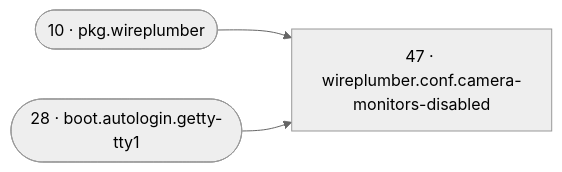
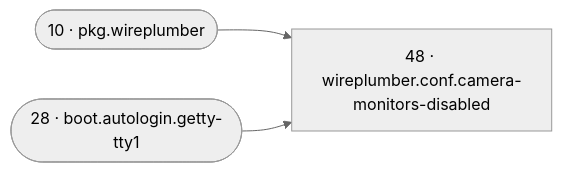
One commit to SixFive7/FrameLink changed diagram 15 of 21 in reference/reconcile-dag.md. Above: the diagram before and after it, drawn with Mermaid (neutral theme). The commit also changed other lines of this file and 5 other files, not shown here.

````diff
--- a/reference/reconcile-dag.md
+++ b/reference/reconcile-dag.md
@@ -432,8 +434,8 @@
 ```mermaid
 flowchart LR
-  r47["47 · wireplumber.conf.camera-monitors-disabled"]
+  r48["48 · wireplumber.conf.camera-monitors-disabled"]
   r10(["10 · pkg.wireplumber"])
   r28(["28 · boot.autologin.getty-tty1"])
-  r10 --> r47
-  r28 --> r47
+  r10 --> r48
+  r28 --> r48
 ```
````
